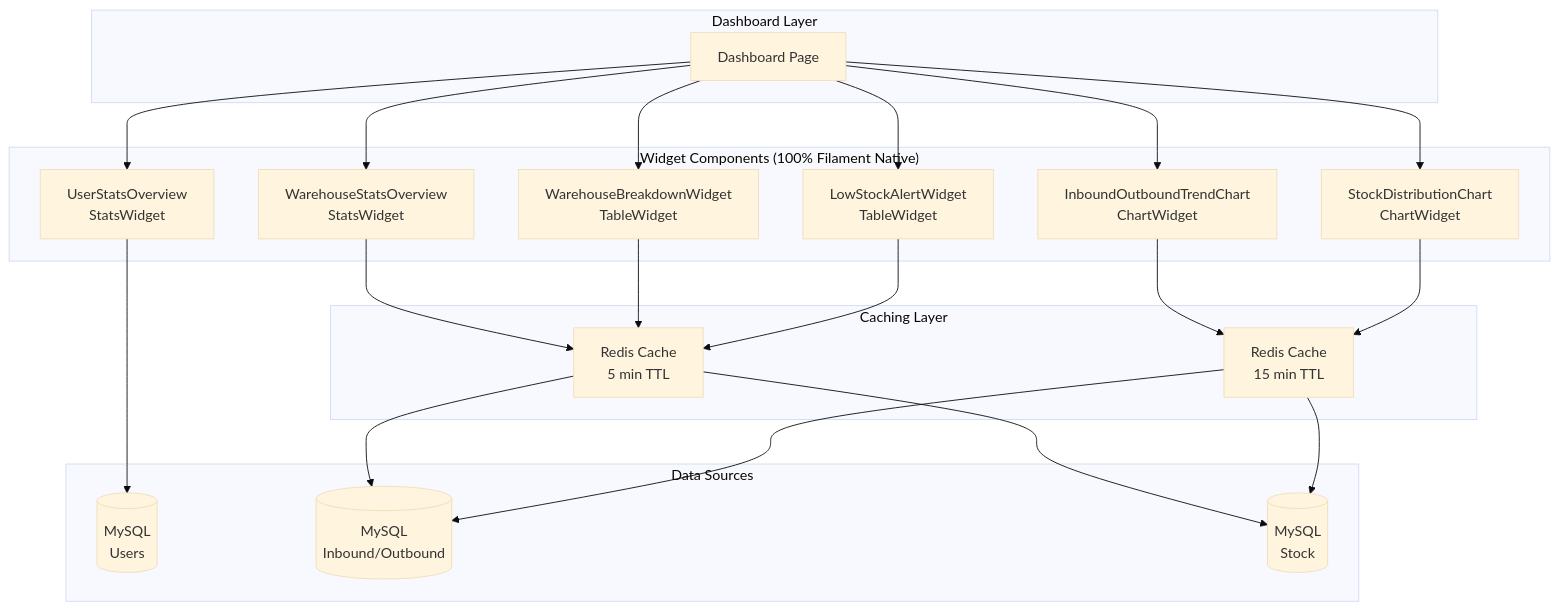
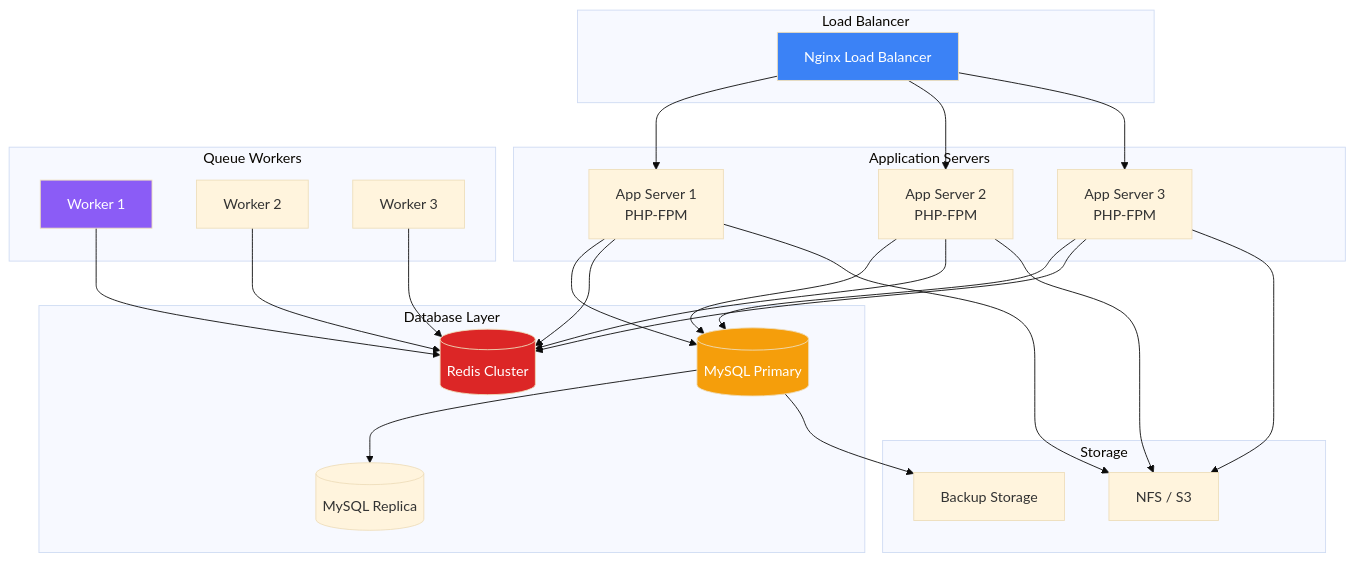
The eighth of 8 diagrams in README.md (Halfirzzha/Warex-Management), drawn with Mermaid (base theme) before and after one commit. The commit also changed other lines of this file and 114 other files, not shown here.

````diff
--- a/README.md
+++ b/README.md
@@ -640,45 +1248,58 @@
 ```mermaid
 graph TB
-    subgraph "Dashboard Layer"
-        D[Dashboard Page]
+    subgraph "Load Balancer"
+        A[Nginx Load Balancer]
     end
 
-    subgraph "Widget Components (100% Filament Native)"
-        W1[UserStatsOverview<br/>StatsWidget]
-        W2[WarehouseStatsOverview<br/>StatsWidget]
-        W3[WarehouseBreakdownWidget<br/>TableWidget]
-        W4[InboundOutboundTrendChart<br/>ChartWidget]
-        W5[StockDistributionChart<br/>ChartWidget]
-        W6[LowStockAlertWidget<br/>TableWidget]
+    subgraph "Application Servers"
+        B1[App Server 1<br/>PHP-FPM]
+        B2[App Server 2<br/>PHP-FPM]
+        B3[App Server 3<br/>PHP-FPM]
     end
 
-    subgraph "Caching Layer"
-        C1[Redis Cache<br/>5 min TTL]
-        C2[Redis Cache<br/>15 min TTL]
+    subgraph "Database Layer"
+        C1[(MySQL Primary)]
+        C2[(MySQL Replica)]
+        D[(Redis Cluster)]
     end
 
-    subgraph "Data Sources"
-        DB1[(MySQL<br/>Users)]
-        DB2[(MySQL<br/>Inbound/Outbound)]
-        DB3[(MySQL<br/>Stock)]
+    subgraph "Queue Workers"
+        E1[Worker 1]
+        E2[Worker 2]
+        E3[Worker 3]
     end
 
-    D --> W1
-    D --> W2
-    D --> W3
-    D --> W4
-    D --> W5
-    D --> W6
+    subgraph "Storage"
+        F[NFS / S3]
+        G[Backup Storage]
+    end
 
-    W1 --> DB1
-    W2 --> C1
-    W3 --> C1
-    W4 --> C2
-    W5 --> C2
-    W6 --> C1
+    A --> B1
+    A --> B2
+    A --> B3
 
-    C1 --> DB2
-    C1 --> DB3
-    C2 --> DB2
-    C2 --> DB3
+    B1 --> C1
+    B2 --> C1
+    B3 --> C1
+
+    C1 --> C2
+
+    B1 --> D
+    B2 --> D
+    B3 --> D
+
+    E1 --> D
+    E2 --> D
+    E3 --> D
+
+    B1 --> F
+    B2 --> F
+    B3 --> F
+
+    C1 --> G
+
+    style A fill:#3b82f6,color:#fff
+    style C1 fill:#f59e0b,color:#fff
+    style D fill:#dc2626,color:#fff
+    style E1 fill:#8b5cf6,color:#fff
 ```
````
